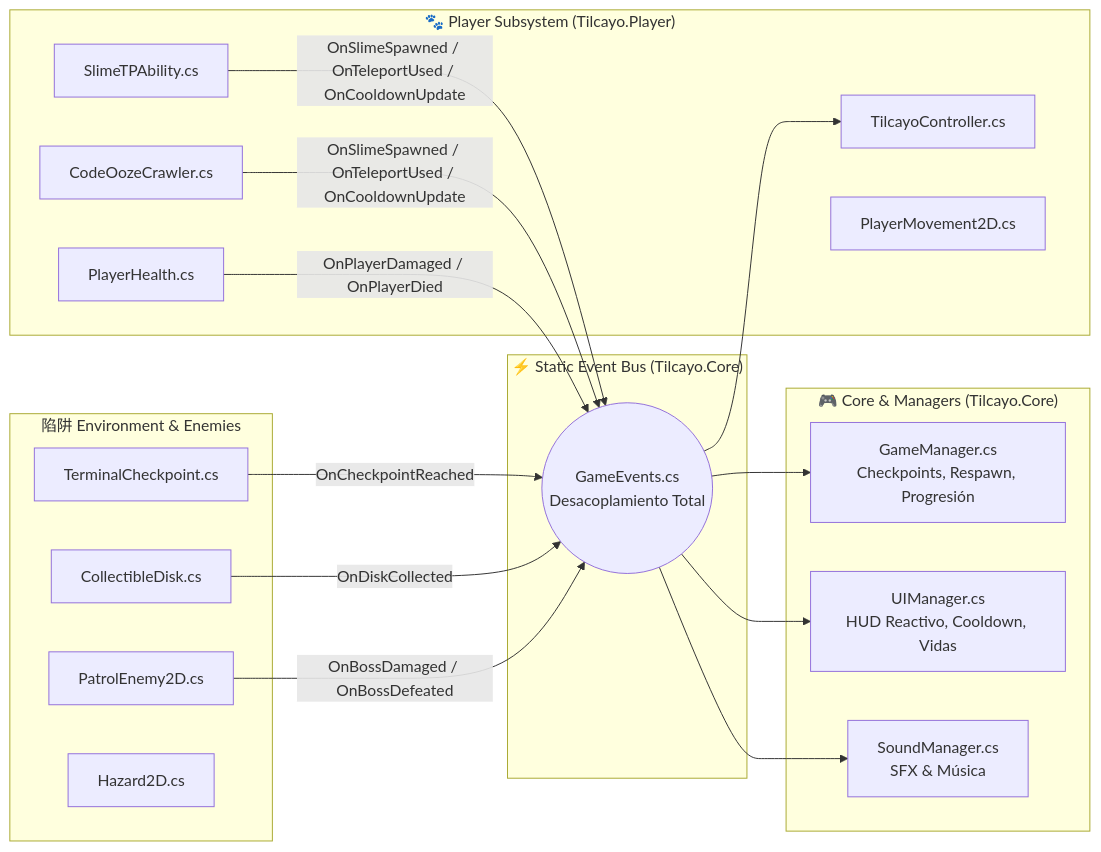
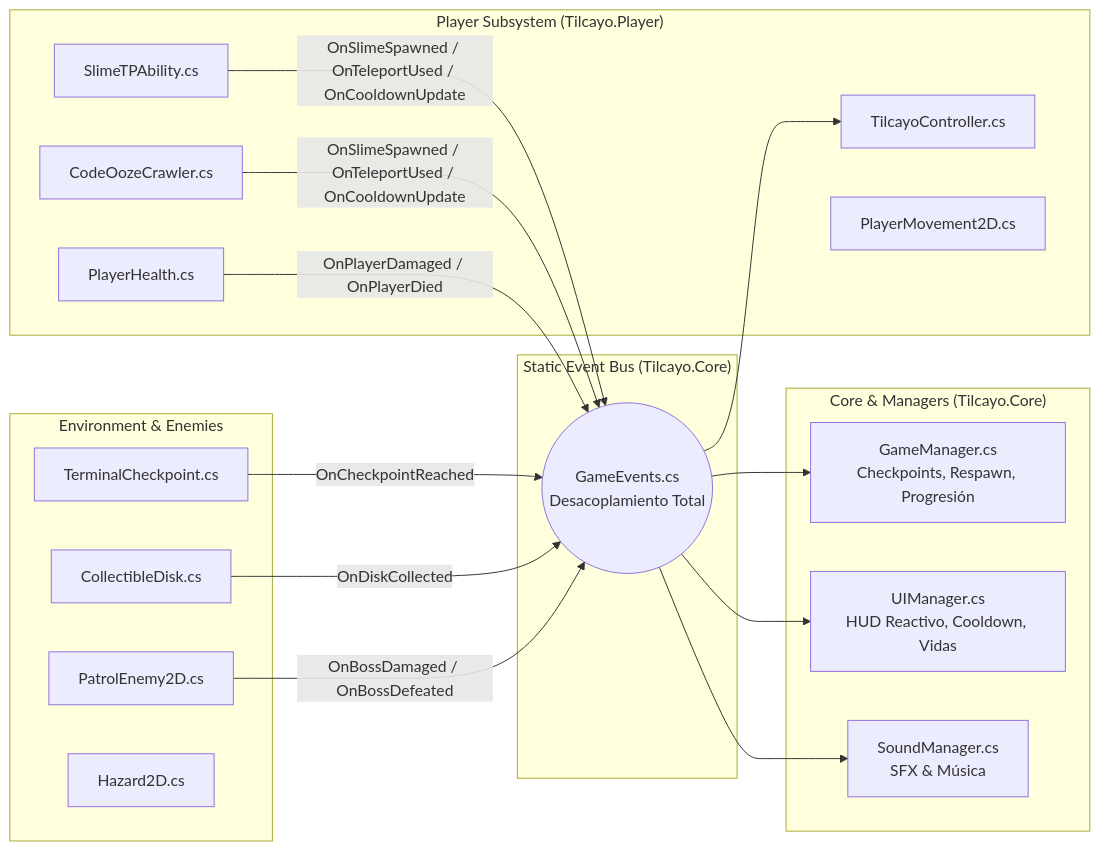
The diagram in README.md (Gabosito1314/Tilcayo_GameJam), drawn with Mermaid before and after one commit. The commit also changed other lines of this file, not shown here.

````diff
--- a/README.md
+++ b/README.md
@@ -42,35 +45,35 @@
 ```mermaid
 flowchart LR
-    subgraph Player["🐾 Player Subsystem (Tilcayo.Player)"]
+    subgraph Player["Player Subsystem (Tilcayo.Player)"]
         TC["TilcayoController.cs"]
         PM["PlayerMovement2D.cs"]
         STP["SlimeTPAbility.cs"]
         COC["CodeOozeCrawler.cs"]
         PH["PlayerHealth.cs"]
     end
 
-    subgraph EventBus["⚡ Static Event Bus (Tilcayo.Core)"]
+    subgraph EventBus["Static Event Bus (Tilcayo.Core)"]
         GE(("GameEvents.cs<br/>Desacoplamiento Total"))
     end
 
-    subgraph Core["🎮 Core & Managers (Tilcayo.Core)"]
+    subgraph Core["Core & Managers (Tilcayo.Core)"]
         GM["GameManager.cs<br/>Checkpoints, Respawn, Progresión"]
         UIM["UIManager.cs<br/>HUD Reactivo, Cooldown, Vidas"]
         SM["SoundManager.cs<br/>SFX & Música"]
     end
 
-    subgraph Env["陷阱 Environment & Enemies"]
+    subgraph Env["Environment & Enemies"]
         CP["TerminalCheckpoint.cs"]
         CD["CollectibleDisk.cs"]
         PE["PatrolEnemy2D.cs"]
         HZ["Hazard2D.cs"]
     end
 
     STP & COC -- "OnSlimeSpawned / OnTeleportUsed / OnCooldownUpdate" --> GE
     PH -- "OnPlayerDamaged / OnPlayerDied" --> GE
     CP -- "OnCheckpointReached" --> GE
     CD -- "OnDiskCollected" --> GE
     PE -- "OnBossDamaged / OnBossDefeated" --> GE
 
     GE --> GM & UIM & SM & TC
 ```
````
